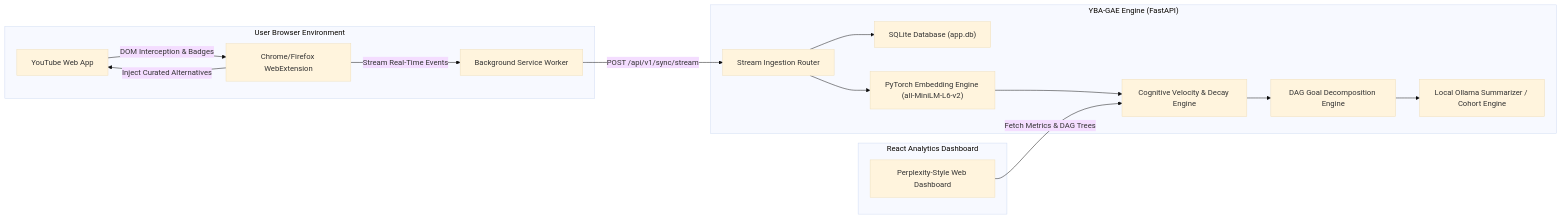
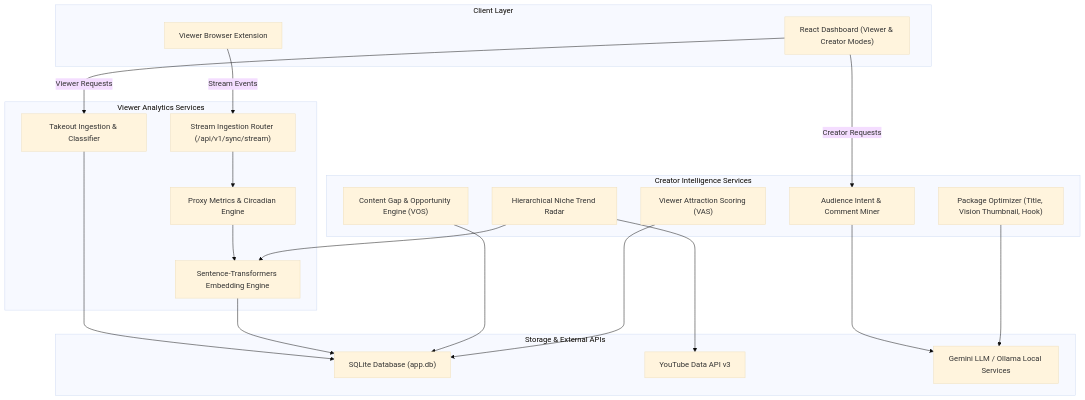
The diagram in docs/FEATURE_ROADMAP.md (MinnThikeTunn/YouTube-Behavioral-Analytics-Goal-Alignment-Engine-YBA-GAE-), drawn with Mermaid (base theme) before and after one commit. The commit also changed other lines of this file and 54 other files, not shown here.

Commit message:
feat(phase4-ticket02): CV Thumbnail Analyzer, Title Hook Suite, Deep Analysis endpoint - 53/53 tests passing

````diff
--- a/docs/FEATURE_ROADMAP.md
+++ b/docs/FEATURE_ROADMAP.md
@@ -94,21 +400,44 @@
 ```mermaid
-graph LR
-    subgraph Browser ["User Browser Environment"]
-        A["YouTube Web App"] -->|DOM Interception & Badges| B["Chrome/Firefox WebExtension"]
-        B -->|Inject Curated Alternatives| A
-        B -->|Stream Real-Time Events| C["Background Service Worker"]
+graph TD
+    subgraph Clients ["Client Layer"]
+        A["Viewer Browser Extension"]
+        B["React Dashboard (Viewer & Creator Modes)"]
     end
 
-    subgraph LocalBackend ["YBA-GAE Engine (FastAPI)"]
-        C -->|POST /api/v1/sync/stream| D["Stream Ingestion Router"]
-        D --> E["SQLite Database (app.db)"]
-        D --> F["PyTorch Embedding Engine (all-MiniLM-L6-v2)"]
-        F --> G["Cognitive Velocity & Decay Engine"]
-        G --> H["DAG Goal Decomposition Engine"]
-        H --> I["Local Ollama Summarizer / Cohort Engine"]
+    subgraph ViewerServices ["Viewer Analytics Services"]
+        C["Stream Ingestion Router (/api/v1/sync/stream)"]
+        D["Takeout Ingestion & Classifier"]
+        E["Proxy Metrics & Circadian Engine"]
+        F["Sentence-Transformers Embedding Engine"]
     end
 
-    subgraph Dashboard ["React Analytics Dashboard"]
-        J["Perplexity-Style Web Dashboard"] -->|Fetch Metrics & DAG Trees| G
+    subgraph CreatorServices ["Creator Intelligence Services"]
+        G["Audience Intent & Comment Miner"]
+        H["Hierarchical Niche Trend Radar"]
+        I["Content Gap & Opportunity Engine (VOS)"]
+        J["Package Optimizer (Title, Vision Thumbnail, Hook)"]
+        K["Viewer Attraction Scoring (VAS)"]
     end
+
+    subgraph DataStore ["Storage & External APIs"]
+        L["SQLite Database (app.db)"]
+        M["YouTube Data API v3"]
+        N["Gemini LLM / Ollama Local Services"]
+    end
+
+    A -->|Stream Events| C
+    B -->|Viewer Requests| D
+    B -->|Creator Requests| G
+
+    D --> L
+    C --> E
+    E --> F
+    F --> L
+
+    G --> N
+    H --> M
+    H --> F
+    I --> L
+    J --> N
+    K --> L
 ```
````
